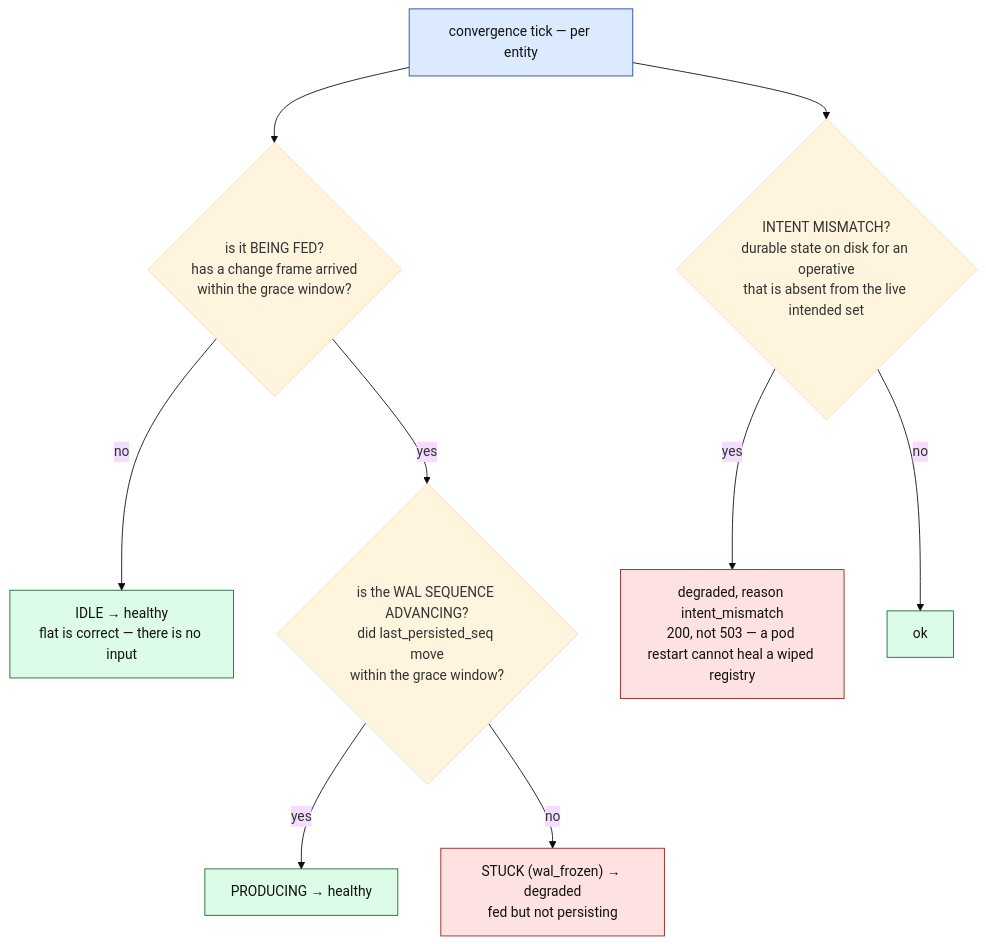
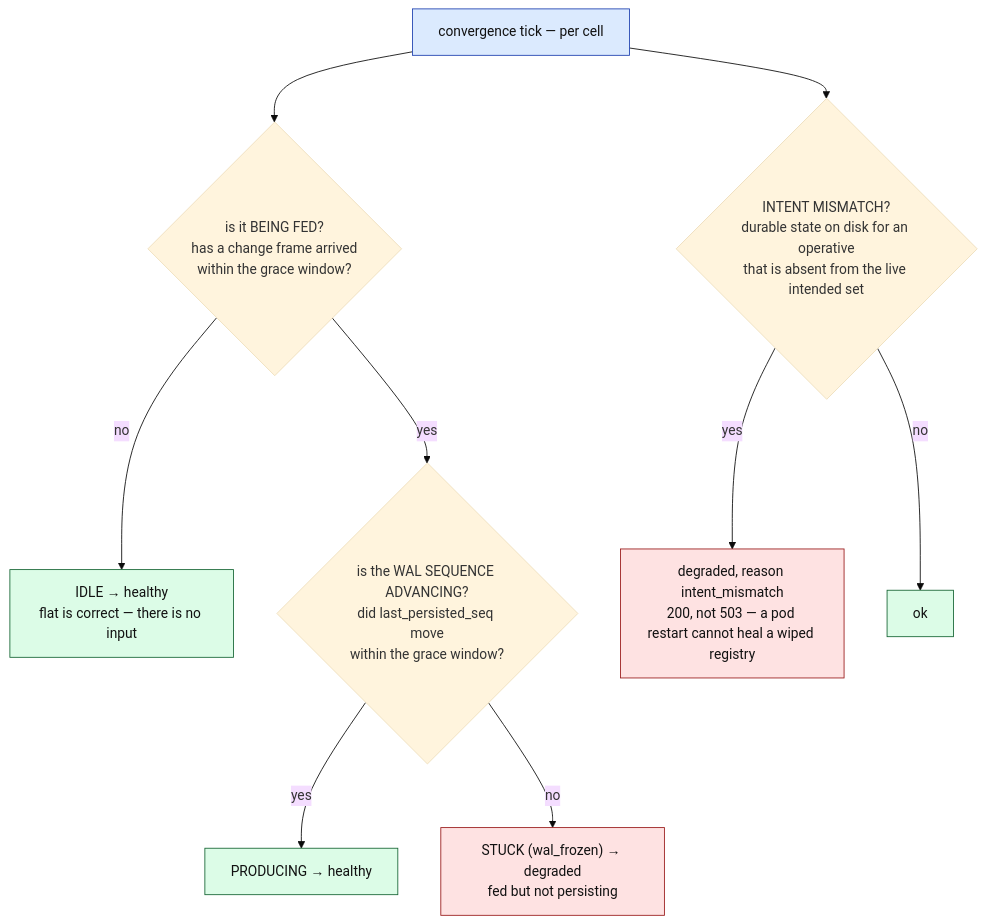
Diagram 16 of 17 in docs/architecture/kernel.md (Flezha/flezha), drawn with Mermaid (base theme) before and after one commit. The commit also changed other lines of this file and 604 other files, not shown here.

First line of the commit message:
Rename Procedure to Tasklet and Entity to Cell

````diff
--- a/docs/architecture/kernel.md
+++ b/docs/architecture/kernel.md
@@ -764,17 +764,17 @@
 ```mermaid
 flowchart TB
-    START["convergence tick — per entity"]:::ctrl
+    START["convergence tick — per cell"]:::ctrl
     START --> FED{"is it BEING FED?<br/>has a change frame arrived<br/>within the grace window?"}
     FED -->|"no"| IDLE["IDLE → healthy<br/>flat is correct — there is no input"]:::prot
     FED -->|"yes"| ADV{"is the WAL SEQUENCE ADVANCING?<br/>did last_persisted_seq move<br/>within the grace window?"}
     ADV -->|"yes"| OK["PRODUCING → healthy"]:::prot
     ADV -->|"no"| STUCK["STUCK (wal_frozen) → degraded<br/>fed but not persisting"]:::risk
 
     START --> INTENT{"INTENT MISMATCH?<br/>durable state on disk for an operative<br/>that is absent from the live intended set"}
     INTENT -->|"yes"| MM["degraded, reason intent_mismatch<br/>200, not 503 — a pod restart cannot heal a wiped registry"]:::risk
     INTENT -->|"no"| OK2["ok"]:::prot
 
     classDef ctrl fill:#dbeafe,stroke:#1e40af,color:#111
     classDef prot fill:#dcfce7,stroke:#166534,color:#111
     classDef risk fill:#fee2e2,stroke:#991b1b,color:#111
 ```
````
